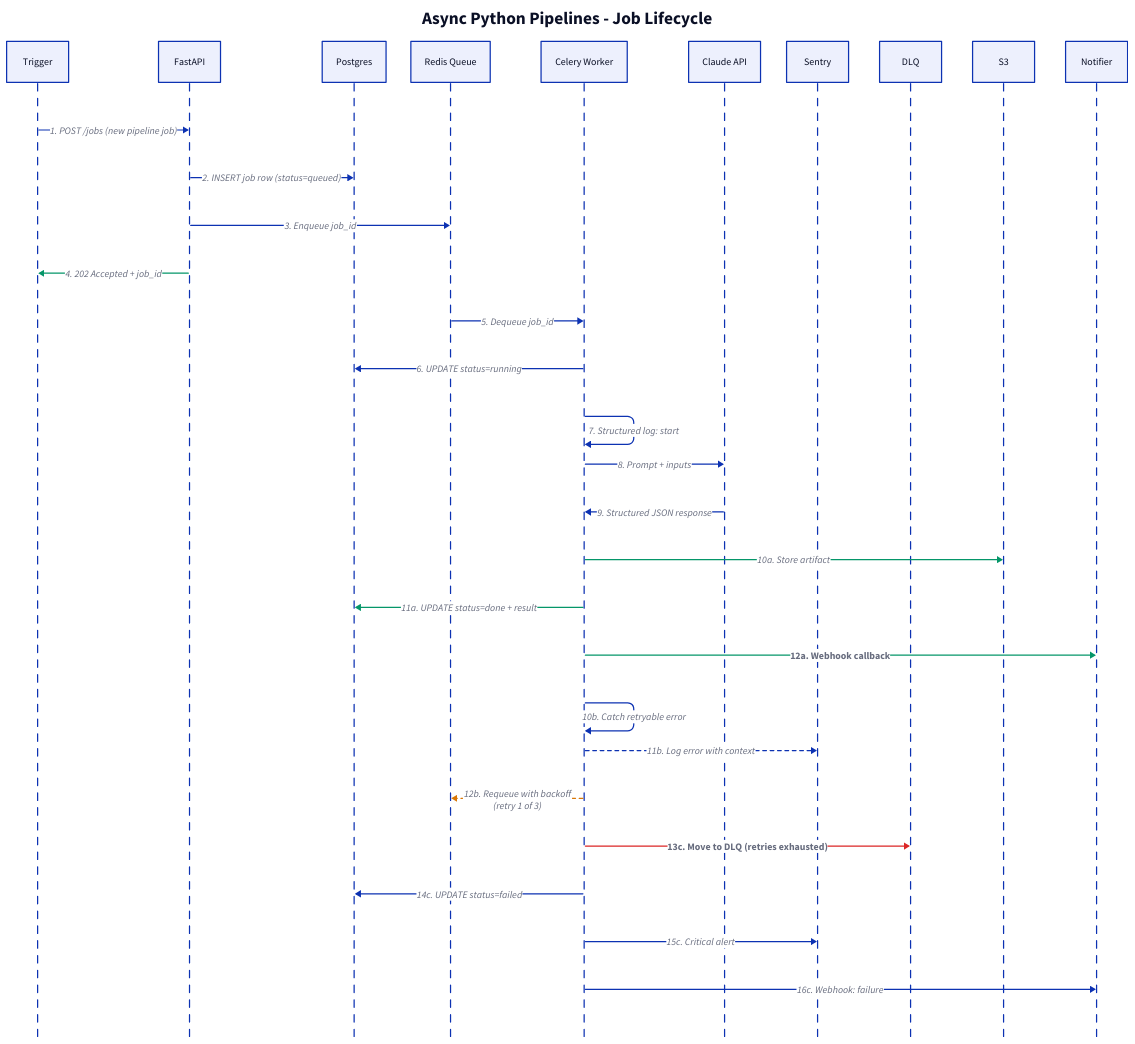
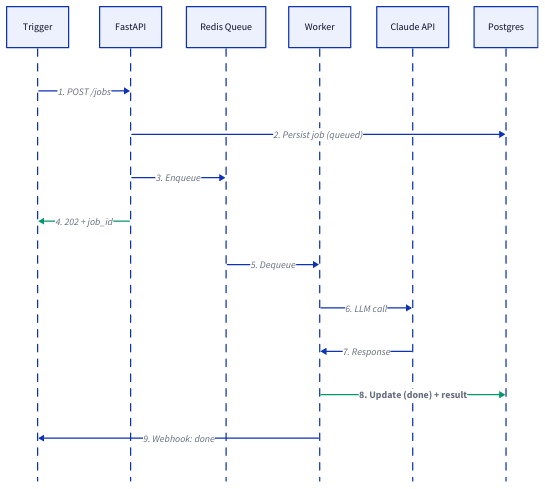
Before and after one commit to Hyperion-AI-Agency/ai-pipeline-system: the diagram in docs/flow.d2, drawn with D2. The commit also changed 5 other files, not shown here.

Commit message:
chore: refresh freebie artifacts (diagrams + branded PDF)

```diff
--- a/docs/flow.d2
+++ b/docs/flow.d2
@@ -1,66 +1,26 @@
-# Async Python Pipelines - Sequence Diagram
-# Render: d2 --theme 200 --layout dagre docs/flow.d2 docs/flow.svg
-
-title: Async Python Pipelines - Job Lifecycle {
-  near: top-center
-  shape: text
-  style.font-size: 28
-  style.bold: true
-}
+# AI Pipeline System - Job Lifecycle
+# Render: d2 --theme 303 --sketch --pad 120 --scale 1.5 --layout dagre
 
 shape: sequence_diagram
 
 trigger: Trigger
 api: FastAPI
+queue: Redis Queue
+worker: Worker
+claude: Claude API
 db: Postgres
-queue: Redis Queue
-worker: Celery Worker
-claude: Claude API
-sentry: Sentry
-dlq: DLQ
-s3: S3
-notify: Notifier
 
-trigger -> api: "1. POST /jobs (new pipeline job)"
-api -> db: "2. INSERT job row (status=queued)"
-api -> queue: "3. Enqueue job_id"
-api -> trigger: "4. 202 Accepted + job_id" {
+trigger -> api: "1. POST /jobs"
+api -> db: "2. Persist job (queued)"
+api -> queue: "3. Enqueue"
+api -> trigger: "4. 202 + job_id" {
   style.stroke: "#059669"
 }
-
-queue -> worker: "5. Dequeue job_id"
-worker -> db: "6. UPDATE status=running"
-worker -> worker: "7. Structured log: start"
-worker -> claude: "8. Prompt + inputs"
-claude -> worker: "9. Structured JSON response"
-
-# Happy path
-worker -> s3: "10a. Store artifact" {
-  style.stroke: "#059669"
-}
-worker -> db: "11a. UPDATE status=done + result" {
-  style.stroke: "#059669"
-}
-worker -> notify: "12a. Webhook callback" {
+queue -> worker: "5. Dequeue"
+worker -> claude: "6. LLM call"
+claude -> worker: "7. Response"
+worker -> db: "8. Update (done) + result" {
   style.stroke: "#059669"
   style.bold: true
 }
-
-# Transient error path
-worker -> worker: "10b. Catch retryable error"
-worker -> sentry: "11b. Log error with context" {
-  style.stroke-dash: 3
-}
-worker -> queue: "12b. Requeue with backoff\n(retry 1 of 3)" {
-  style.stroke-dash: 3
-  style.stroke: "#d97706"
-}
-
-# Exhausted retries -> DLQ
-worker -> dlq: "13c. Move to DLQ (retries exhausted)" {
-  style.stroke: "#dc2626"
-  style.bold: true
-}
-worker -> db: "14c. UPDATE status=failed"
-worker -> sentry: "15c. Critical alert"
-worker -> notify: "16c. Webhook: failure"
+worker -> trigger: "9. Webhook: done"
```
